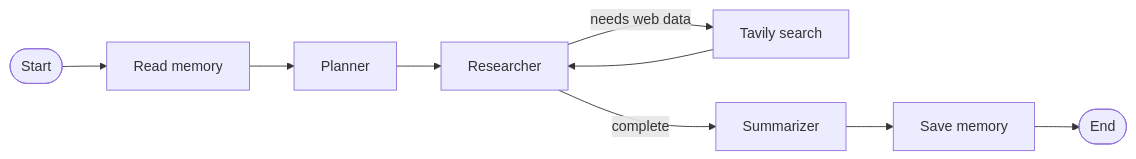
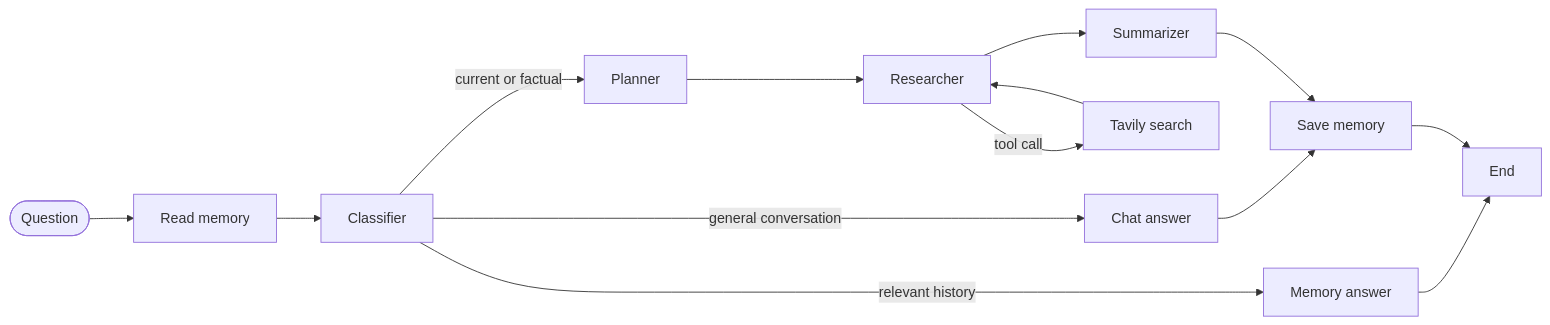
Before and after one commit to rutangpatel/ai-researcher: the diagram in README.md, drawn with Mermaid. The commit also changed other lines of this file and 2 other files, not shown here.

Commit message:
fix: Memory errors related to get_memory

````diff
--- a/README.md
+++ b/README.md
@@ -105,11 +128,16 @@
 ```mermaid
 flowchart LR
-	A([Start]) --> B[Read memory]
-	B --> C[Planner]
-	C --> D[Researcher]
-	D -->|needs web data| E[Tavily search]
-	E --> D
-	D -->|complete| F[Summarizer]
-	F --> G[Save memory]
-	G --> H([End])
+    A([Question]) --> B[Read memory]
+    B --> C[Classifier]
+    C -->|relevant history| D[Memory answer]
+    C -->|general conversation| E[Chat answer]
+    C -->|current or factual| F[Planner]
+    F --> G[Researcher]
+    G -->|tool call| H[Tavily search]
+    H --> G
+    G --> I[Summarizer]
+    D --> J[End]
+    E --> K[Save memory]
+    I --> K
+    K --> J
 ```
````
